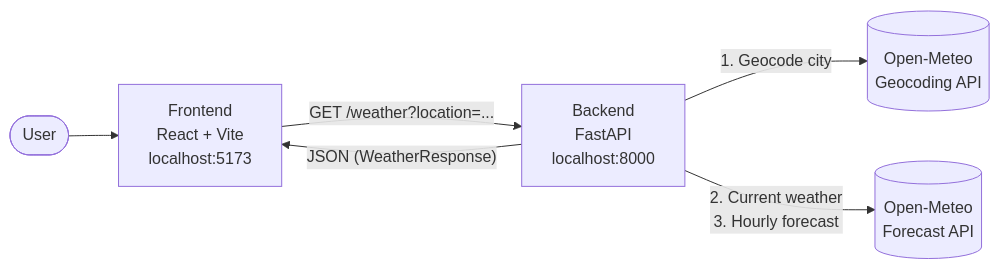
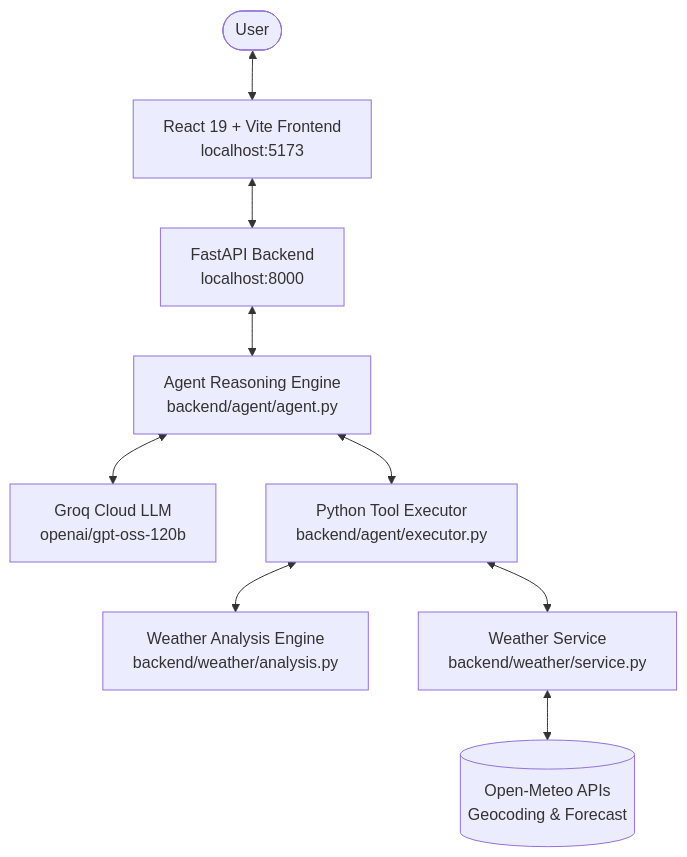
Before and after one commit to TaruneshM/Sky-Reader: the first of 2 diagrams in README.md, drawn with Mermaid. The commit also changed other lines of this file and 12 other files, not shown here.

Commit message:
added weather intelligence and reasoning

````diff
--- a/README.md
+++ b/README.md
@@ -18,8 +47,11 @@
 ```mermaid
-flowchart LR
-    U([User]) --> F["Frontend<br/>React + Vite<br/>localhost:5173"]
-    F -- "GET /weather?location=..." --> B["Backend<br/>FastAPI<br/>localhost:8000"]
-    B -- "1. Geocode city" --> G[("Open-Meteo<br/>Geocoding API")]
-    B -- "2. Current weather<br/>3. Hourly forecast" --> W[("Open-Meteo<br/>Forecast API")]
-    B -- "JSON (WeatherResponse)" --> F
+flowchart TD
+    User([User]) <--> Frontend["React 19 + Vite Frontend<br/>localhost:5173"]
+    Frontend <--> API["FastAPI Backend<br/>localhost:8000"]
+    API <--> Agent["Agent Reasoning Engine<br/>backend/agent/agent.py"]
+    Agent <--> GroqLLM["Groq Cloud LLM<br/>openai/gpt-oss-120b"]
+    Agent <--> Executor["Python Tool Executor<br/>backend/agent/executor.py"]
+    Executor <--> Analysis["Weather Analysis Engine<br/>backend/weather/analysis.py"]
+    Executor <--> WeatherService["Weather Service<br/>backend/weather/service.py"]
+    WeatherService <--> OpenMeteo[("Open-Meteo APIs<br/>Geocoding & Forecast")]
 ```
````
